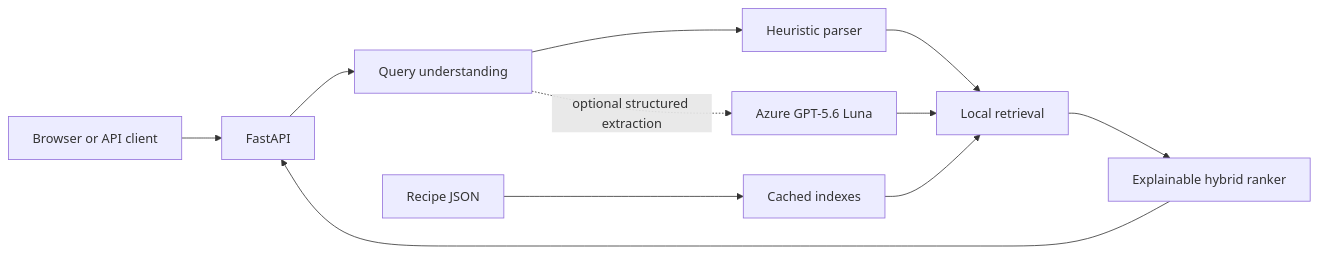
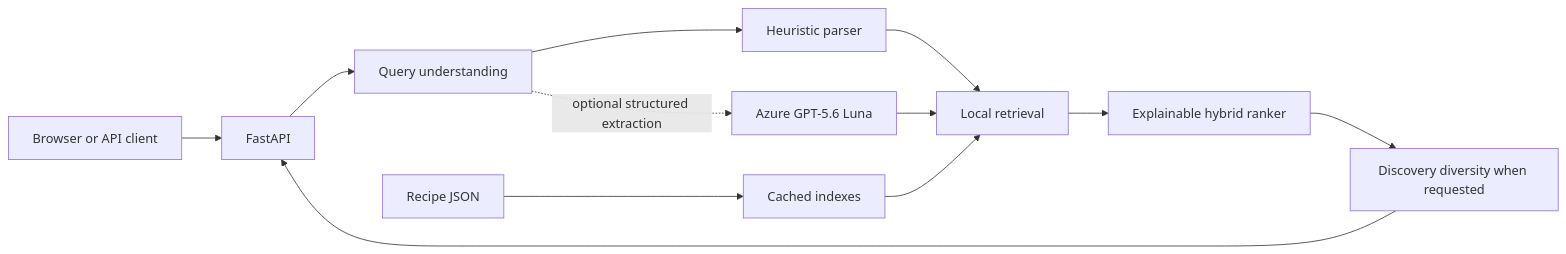
One commit to ariakalantari/omai-recipe-search changed the diagram in README.md. Above: the diagram before and after it, drawn with Mermaid. The commit also changed other lines of this file and 31 other files, not shown here.

````diff
--- a/README.md
+++ b/README.md
@@ -101,13 +106,14 @@
 ```mermaid
 flowchart LR
     C[Browser or API client] --> F[FastAPI]
     F --> Q[Query understanding]
     Q --> H[Heuristic parser]
     Q -. optional structured extraction .-> A[Azure GPT-5.6 Luna]
     H --> R[Local retrieval]
     A --> R
     D[Recipe JSON] --> I[Cached indexes]
     I --> R
     R --> G[Explainable hybrid ranker]
-    G --> F
+    G --> V[Discovery diversity when requested]
+    V --> F
 ```
````
